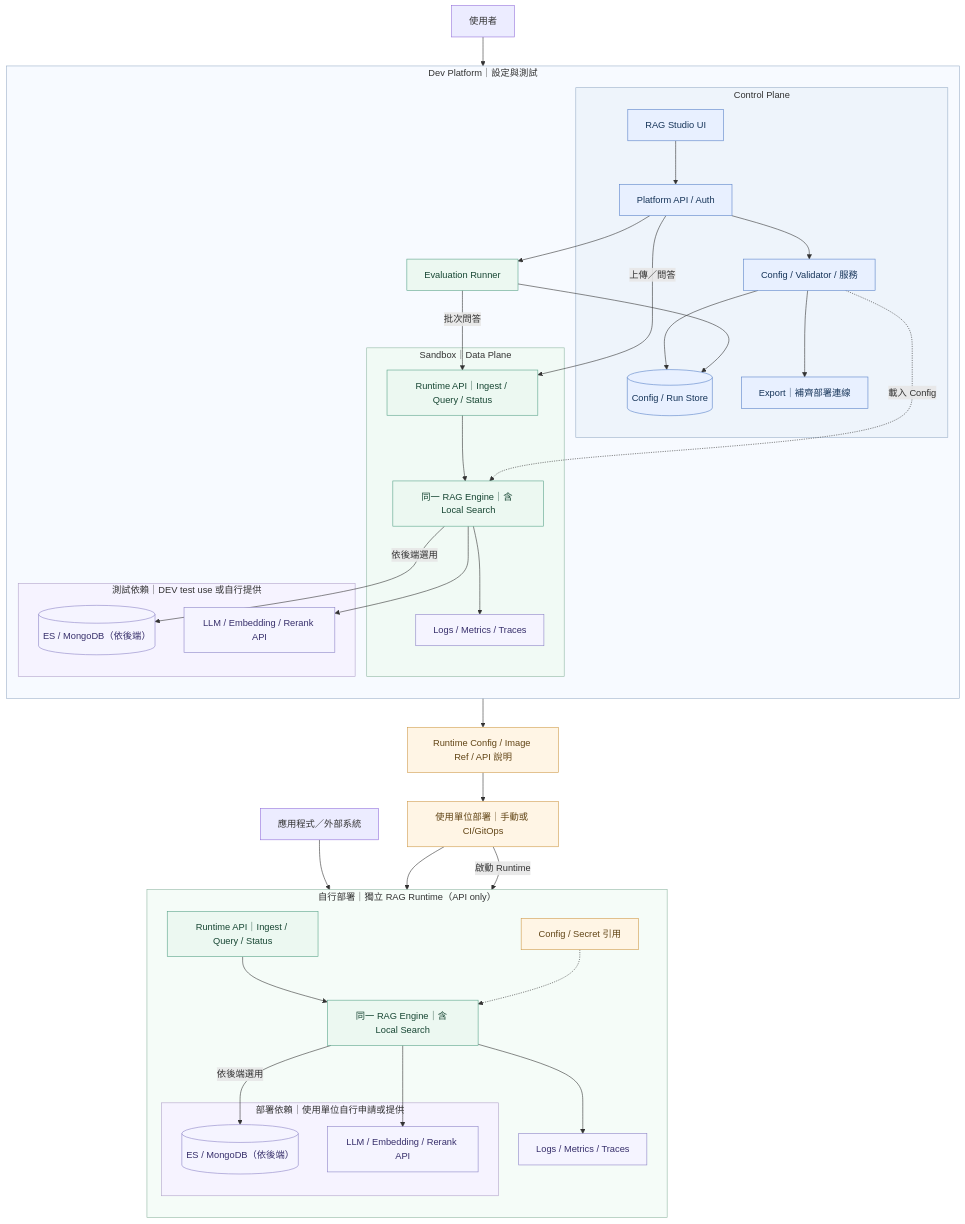
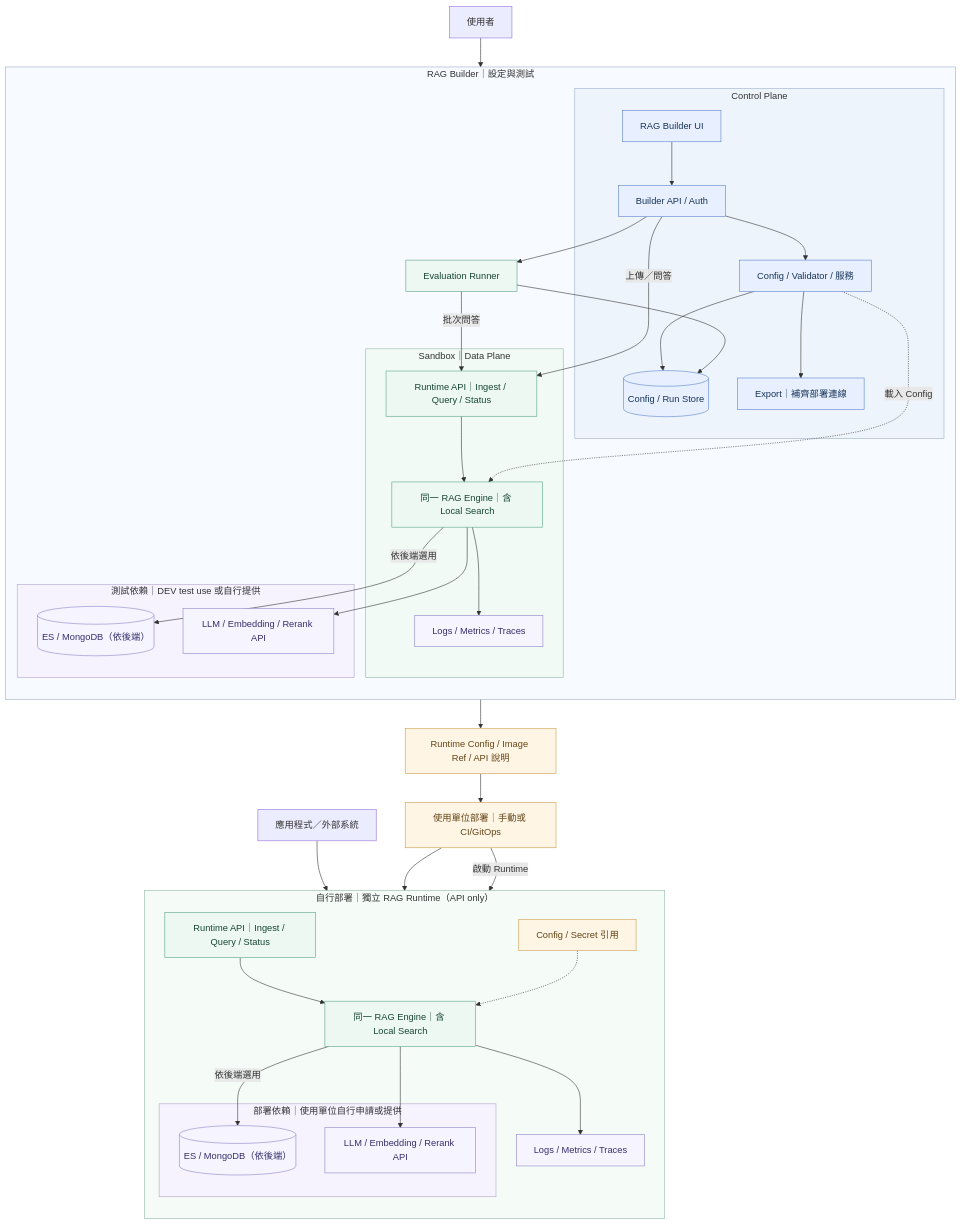
The diagram in diagrams/02_infra_architecture.mmd (SunnyWenwen/rag_platform), drawn with Mermaid before and after one commit. The commit also changed other lines of this file and 6 other files, not shown here.

Commit message:
docs: unify product naming as RAG Builder across prototype and architecture

```diff
--- a/diagrams/02_infra_architecture.mmd
+++ b/diagrams/02_infra_architecture.mmd
@@ -1,73 +1,73 @@
 flowchart TB
   %% 2026-10-14: target architecture; runtime, APIs and deployment are not implemented yet.
   %% Both environments use the same versioned Engine and Runtime API contract.
   %% Local Search runs ingestion and inference in one process; Memory needs re-ingestion after restart.
   %% Optional MongoDB persists Chunks/vectors for rebuilding FAISS and BM25, not for searching.
   %% FAISS/BM25/Memory live inside the Engine; external DB nodes are conditional, not required by Memory.
 
   USER["使用者"] --> UI
 
-  subgraph DEV["Dev Platform｜設定與測試"]
+  subgraph DEV["RAG Builder｜設定與測試"]
     direction TB
     subgraph CP["Control Plane"]
-      UI["RAG Studio UI"] --> PAPI["Platform API / Auth"]
+      UI["RAG Builder UI"] --> PAPI["Builder API / Auth"]
       PAPI --> CONF["Config / Validator / 服務"]
       CONF --> META[("Config / Run Store")]
       CONF --> EXPORT["Export｜補齊部署連線"]
     end
 
     PAPI -->|"上傳／問答"| DAPI
     PAPI --> EVAL["Evaluation Runner"]
     EVAL -->|"批次問答"| DAPI
     EVAL --> META
 
     subgraph SANDBOX["Sandbox｜Data Plane"]
       DAPI["Runtime API｜Ingest / Query / Status"] --> DENGINE["同一 RAG Engine｜含 Local Search"]
       CONF -.->|"載入 Config"| DENGINE
       DENGINE --> DOBS["Logs / Metrics / Traces"]
     end
 
     subgraph DRES["測試依賴｜DEV test use 或自行提供"]
       DSEARCH[("ES / MongoDB（依後端）")]
       DMODEL["LLM / Embedding / Rerank API"]
     end
     DENGINE -->|"依後端選用"| DSEARCH
     DENGINE --> DMODEL
   end
 
   EXPORT --> BUNDLE["Runtime Config / Image Ref / API 說明"]
   BUNDLE --> DEPLOY["使用單位部署｜手動或 CI/GitOps"]
 
   APP["應用程式／外部系統"] --> RAPI
 
   subgraph PROD["自行部署｜獨立 RAG Runtime（API only）"]
     direction TB
     RAPI["Runtime API｜Ingest / Query / Status"] --> PENGINE["同一 RAG Engine｜含 Local Search"]
     PCONF["Config / Secret 引用"] -.-> PENGINE
     PENGINE --> POBS["Logs / Metrics / Traces"]
 
     subgraph PRES["部署依賴｜使用單位自行申請或提供"]
       PSEARCH[("ES / MongoDB（依後端）")]
       PMODEL["LLM / Embedding / Rerank API"]
     end
     PENGINE -->|"依後端選用"| PSEARCH
     PENGINE --> PMODEL
   end
 
   DEPLOY --> PCONF
   DEPLOY -->|"啟動 Runtime"| PENGINE
 
   classDef control fill:#e8f0ff,stroke:#5881c8,color:#163459
   classDef runtime fill:#ecf8f1,stroke:#58a389,color:#174633
   classDef resource fill:#f5f4ff,stroke:#8c83c6,color:#372f6b
   classDef delivery fill:#fff5e5,stroke:#cf9b4a,color:#624516
   class UI,PAPI,CONF,META,EXPORT control
   class DAPI,DENGINE,EVAL,RAPI,PENGINE runtime
   class DSEARCH,DMODEL,PSEARCH,PMODEL,DOBS,POBS resource
   class BUNDLE,DEPLOY,PCONF delivery
   style DEV fill:#f7faff,stroke:#9aafc9
   style CP fill:#eef4fb,stroke:#9aafc9
   style SANDBOX fill:#f1faf5,stroke:#90b7a3
   style DRES fill:#f6f3ff,stroke:#b1a3ca
   style PROD fill:#f5fcf8,stroke:#90b7a3
   style PRES fill:#f6f3ff,stroke:#b1a3ca
```
